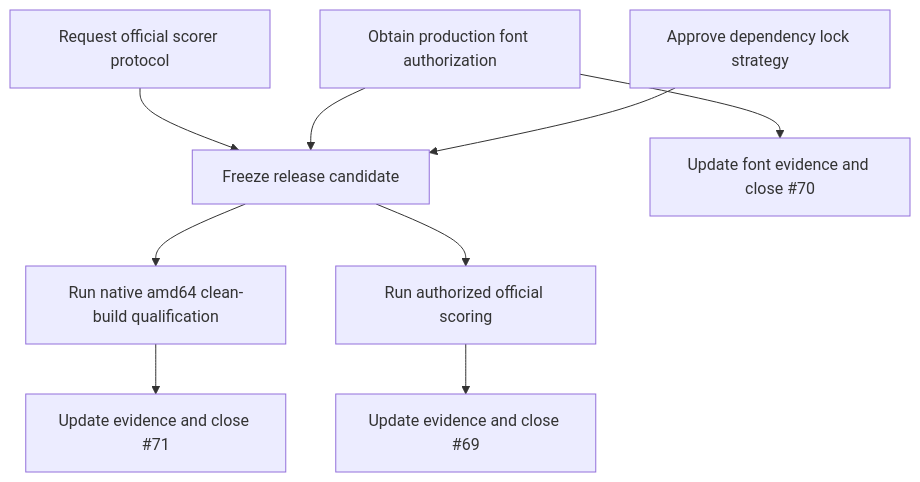
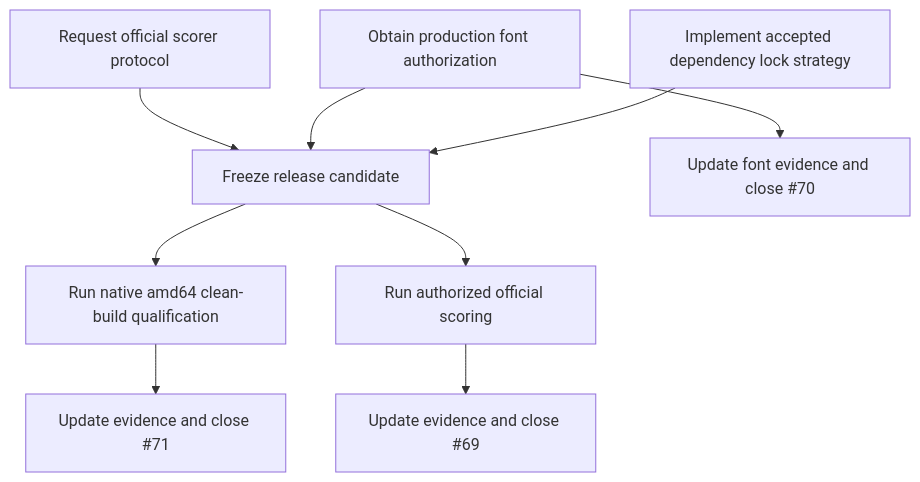
One commit to bjornefisk/ProjectChameleon changed the diagram in tasks/plan.md. Above: the diagram before and after it, drawn with Mermaid. The commit also changed other lines of this file and 31 other files, not shown here.

First line of the commit message:
Lock Issue #71 build dependency provenance (#80)

````diff
--- a/tasks/plan.md
+++ b/tasks/plan.md
@@ -52,11 +61,11 @@
 ```mermaid
 flowchart TD
     A[Request official scorer protocol] --> D[Freeze release candidate]
     B[Obtain production font authorization] --> D
-    C[Approve dependency lock strategy] --> D
+    C[Implement accepted dependency lock strategy] --> D[Freeze release candidate]
     D --> E[Run native amd64 clean-build qualification]
     D --> F[Run authorized official scoring]
     E --> G[Update evidence and close #71]
     F --> H[Update evidence and close #69]
     B --> I[Update font evidence and close #70]
 ```
````
